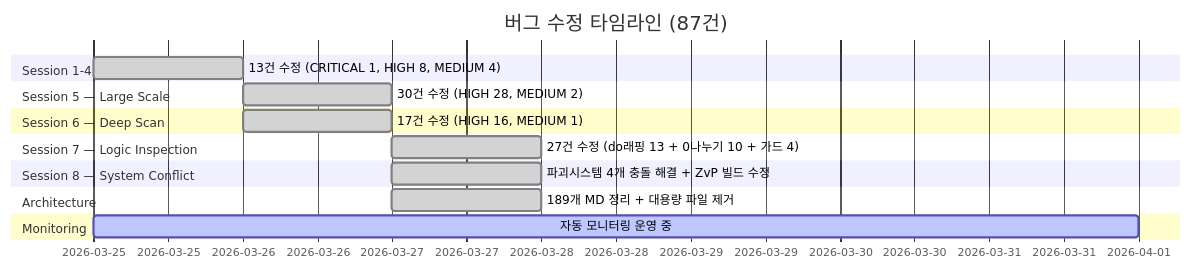
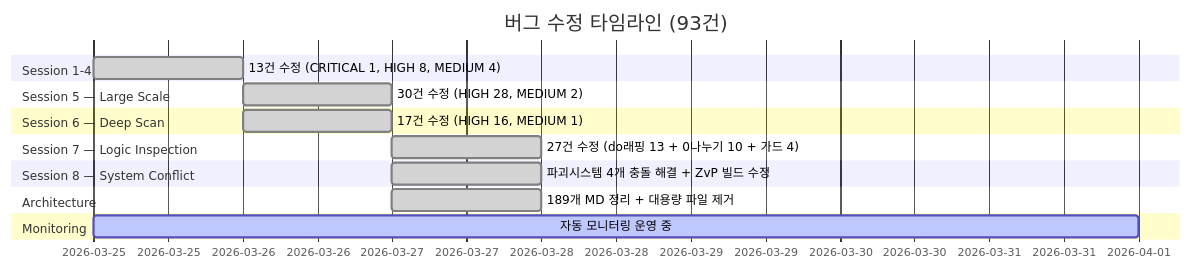
Diagram 23 of 31 in README.md (sun475300-sudo/Swarm-control-in-sc2bot), drawn with Mermaid before and after one commit. The commit also changed other lines of this file and 1 other file, not shown here.

````diff
--- a/README.md
+++ b/README.md
@@ -633,19 +633,19 @@
 ```mermaid
 gantt
-    title 버그 수정 타임라인 (87건)
+    title 버그 수정 타임라인 (93건)
     dateFormat YYYY-MM-DD
     section Session 1-4
         13건 수정 (CRITICAL 1, HIGH 8, MEDIUM 4)   :done, s1, 2026-03-25, 1d
     section Session 5 — Large Scale
         30건 수정 (HIGH 28, MEDIUM 2)              :done, s5, 2026-03-26, 1d
     section Session 6 — Deep Scan
         17건 수정 (HIGH 16, MEDIUM 1)              :done, s6, 2026-03-26, 1d
     section Session 7 — Logic Inspection
         27건 수정 (do래핑 13 + 0나누기 10 + 가드 4) :done, s7, 2026-03-27, 1d
     section Session 8 — System Conflict
         파괴시스템 4개 충돌 해결 + ZvP 빌드 수정    :done, s8, 2026-03-27, 1d
     section Architecture
         189개 MD 정리 + 대용량 파일 제거            :done, s9, 2026-03-27, 1d
     section Monitoring
         자동 모니터링 운영 중                        :active, mon, 2026-03-25, 7d
 ```
````
